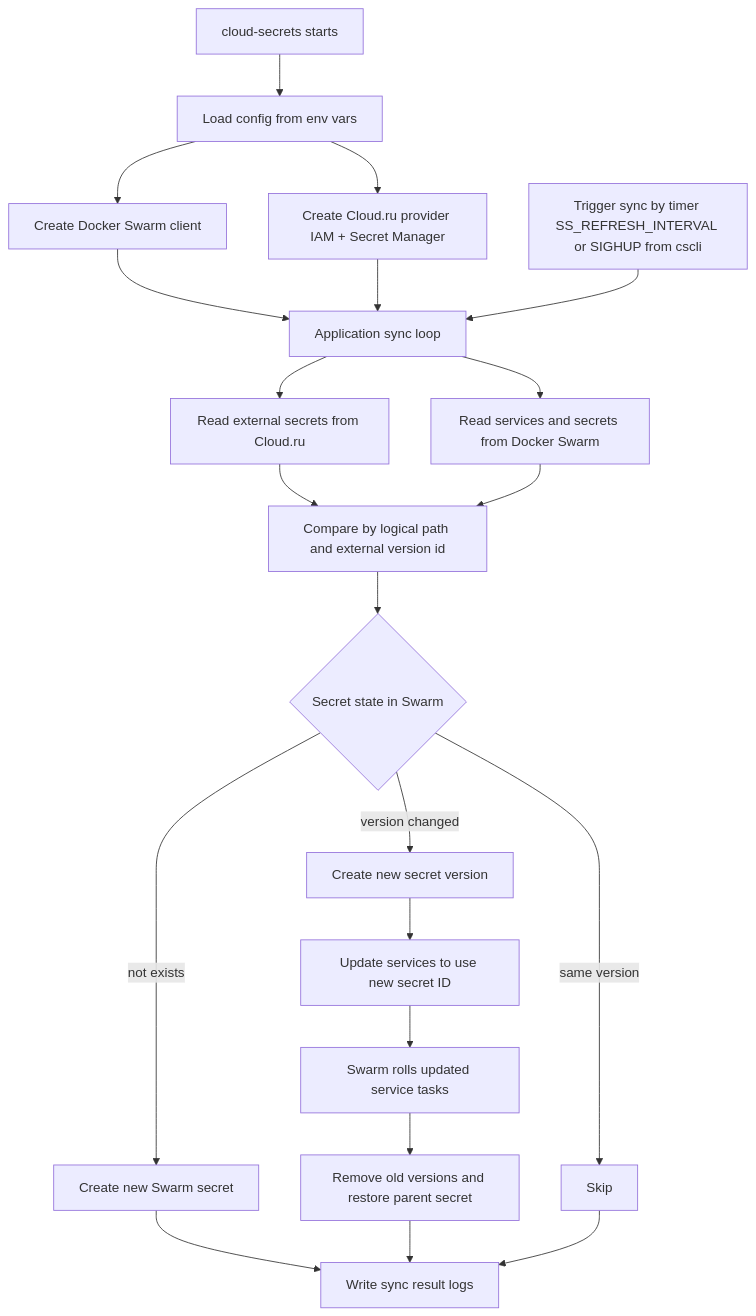
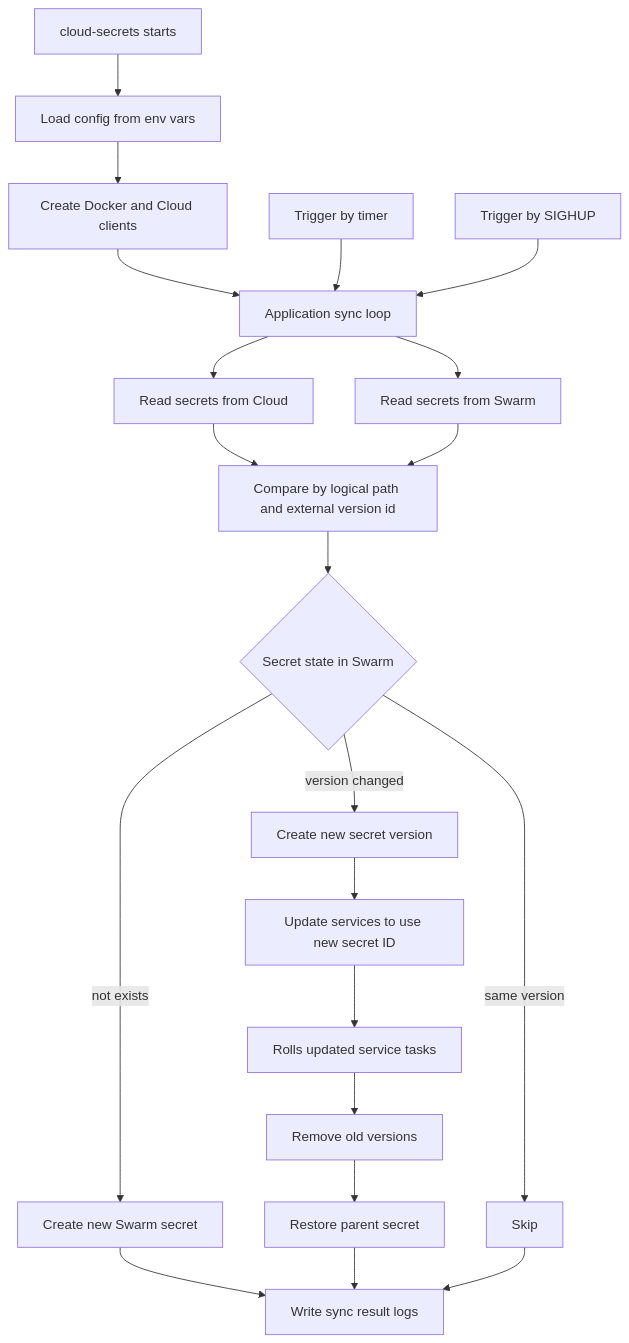
The diagram in README.md (swarm-deploy/cloud-secrets), drawn with Mermaid before and after one commit.

Commit message:
chore: update diagram

````diff
--- a/README.md
+++ b/README.md
@@ -10,28 +10,28 @@
 ```mermaid
 flowchart TD
     A[cloud-secrets starts] --> B[Load config from env vars]
-    B --> C[Create Docker Swarm client]
-    B --> D[Create Cloud.ru provider IAM + Secret Manager]
+    B --> C[Create Docker and Cloud clients]
     C --> E[Application sync loop]
-    D --> E
 
-    F[Trigger sync by timer SS_REFRESH_INTERVAL or SIGHUP from cscli] --> E
+    F[Trigger by timer] --> E
+    Q[Trigger by SIGHUP] --> E
 
-    E --> G[Read external secrets from Cloud.ru]
-    E --> H[Read services and secrets from Docker Swarm]
+    E --> G[Read secrets from Cloud]
+    E --> H[Read secrets from Swarm]
     G --> I[Compare by logical path and external version id]
     H --> I
 
     I --> J{Secret state in Swarm}
     J -->|not exists| K[Create new Swarm secret]
     J -->|version changed| L[Create new secret version]
     J -->|same version| M[Skip]
 
     L --> N[Update services to use new secret ID]
-    N --> R[Swarm rolls updated service tasks]
-    R --> O[Remove old versions and restore parent secret]
+    N --> R[Rolls updated service tasks]
+    R --> O[Remove old versions]
+    O --> S[Restore parent secret]
 
     K --> P[Write sync result logs]
-    O --> P
+    S --> P
     M --> P
 ```
````
